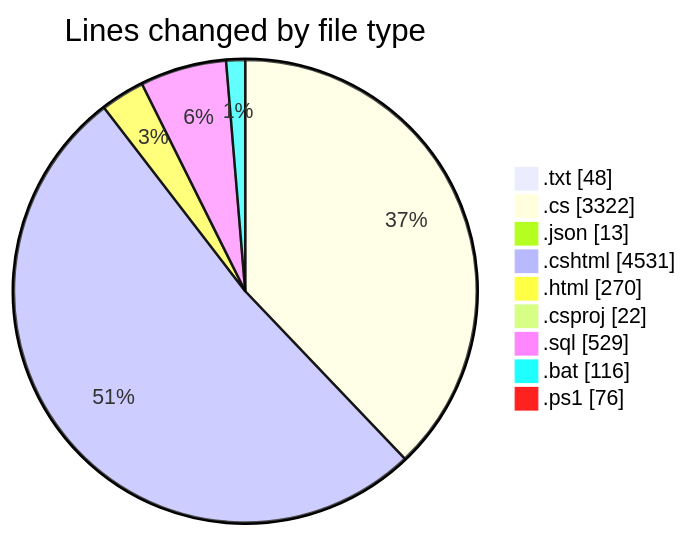
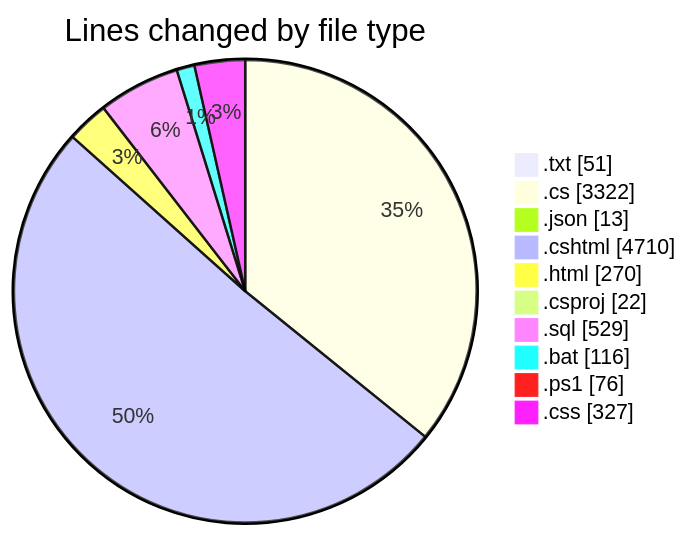
One commit to lephambinh05/code-tracking changed the first of 2 diagrams in 2025-07-27/quanlyrapchieuphim-1/README.md. Above: the diagram before and after it, drawn with Mermaid. The commit also changed other lines of this file and 1 other file, not shown here.

````diff
--- a/2025-07-27/quanlyrapchieuphim-1/README.md
+++ b/2025-07-27/quanlyrapchieuphim-1/README.md
@@ -50,13 +51,14 @@
 ```mermaid
 pie showData
 title Lines changed by file type
-".txt" : 48
+".txt" : 51
 ".cs" : 3322
 ".json" : 13
-".cshtml" : 4531
+".cshtml" : 4710
 ".html" : 270
 ".csproj" : 22
 ".sql" : 529
 ".bat" : 116
 ".ps1" : 76
+".css" : 327
 ```
````
